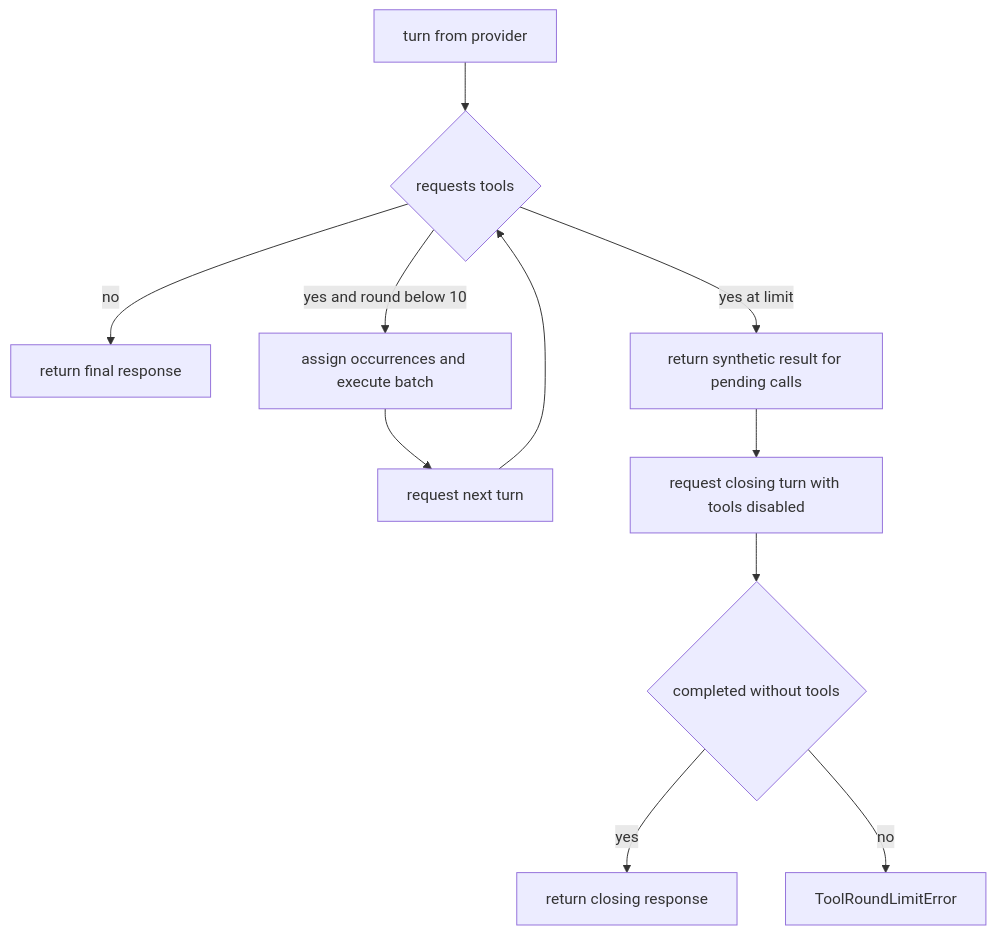
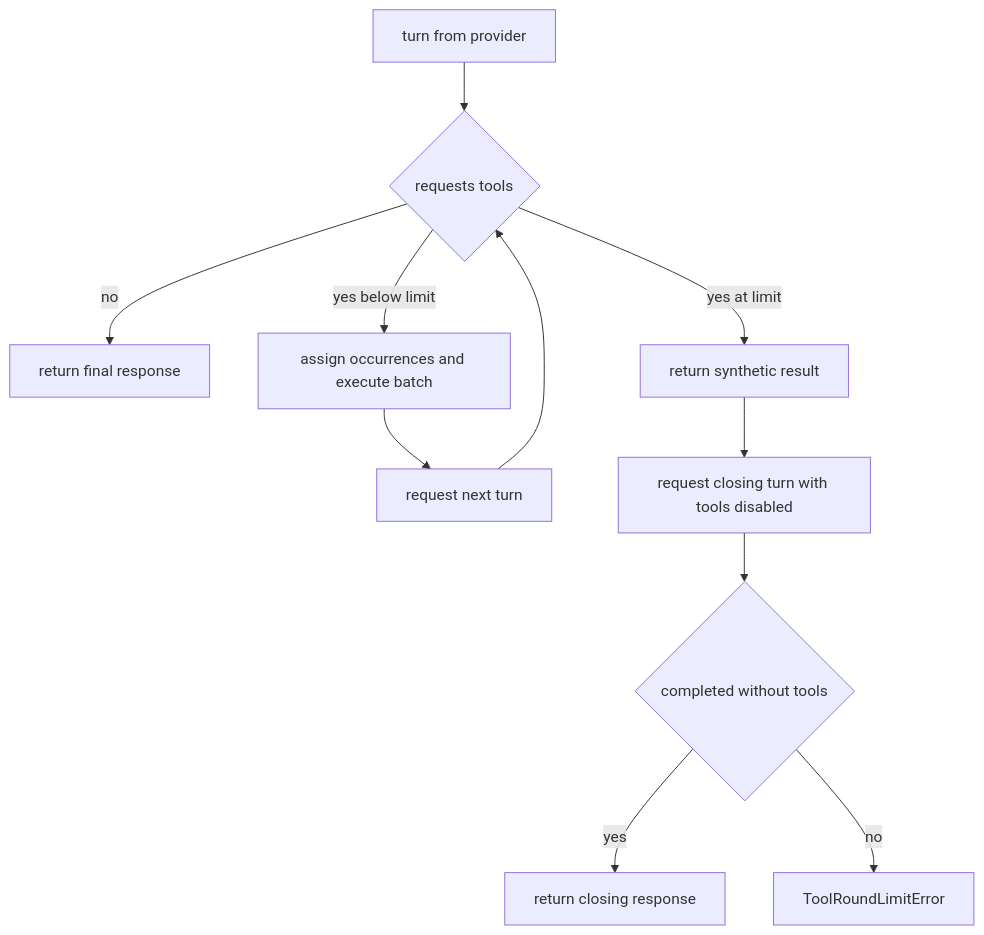
Before and after one commit to maximofn/gymnasia: the second of 2 diagrams in openwiki/agent/runtime.md, drawn with Mermaid. The commit also changed other lines of this file and 19 other files, not shown here.

````diff
--- a/openwiki/agent/runtime.md
+++ b/openwiki/agent/runtime.md
@@ -158,13 +109,13 @@
 ```mermaid
 flowchart TD
-    Initial["turn from provider"] --> HasTools{"requests tools"}
-    HasTools -->|no| Final["return final response"]
-    HasTools -->|yes and round below 10| Batch["assign occurrences and execute batch"]
-    Batch --> Next["request next turn"]
-    Next --> HasTools
-    HasTools -->|yes at limit| Pending["return synthetic result for pending calls"]
-    Pending --> Closing["request closing turn with tools disabled"]
-    Closing --> Valid{"completed without tools"}
-    Valid -->|yes| Limited["return closing response"]
+    Start["turn from provider"] --> Asked{"requests tools"}
+    Asked -->|no| Final["return final response"]
+    Asked -->|yes below limit| Execute["assign occurrences and execute batch"]
+    Execute --> Next["request next turn"]
+    Next --> Asked
+    Asked -->|yes at limit| Pending["return synthetic result"]
+    Pending --> Close["request closing turn with tools disabled"]
+    Close --> Valid{"completed without tools"}
+    Valid -->|yes| Answer["return closing response"]
     Valid -->|no| LimitError["ToolRoundLimitError"]
 ```
````
